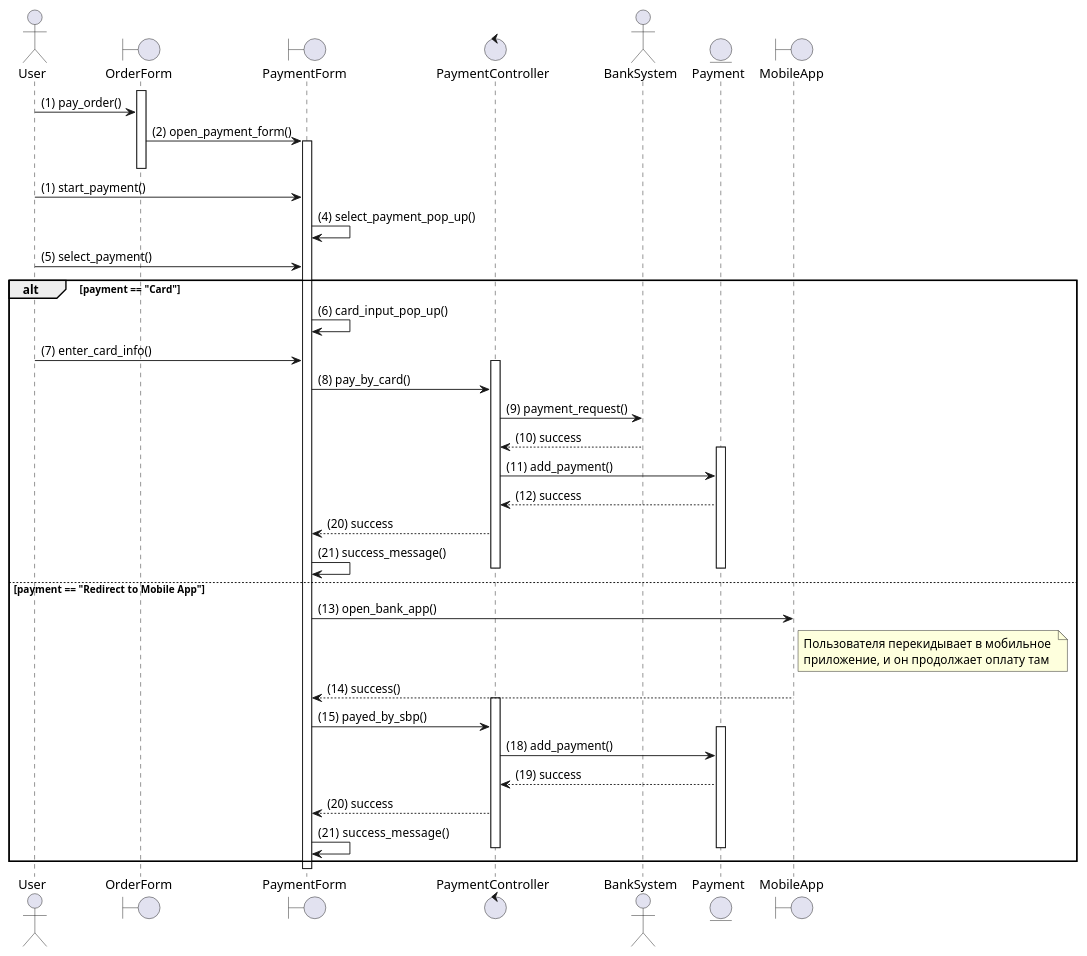
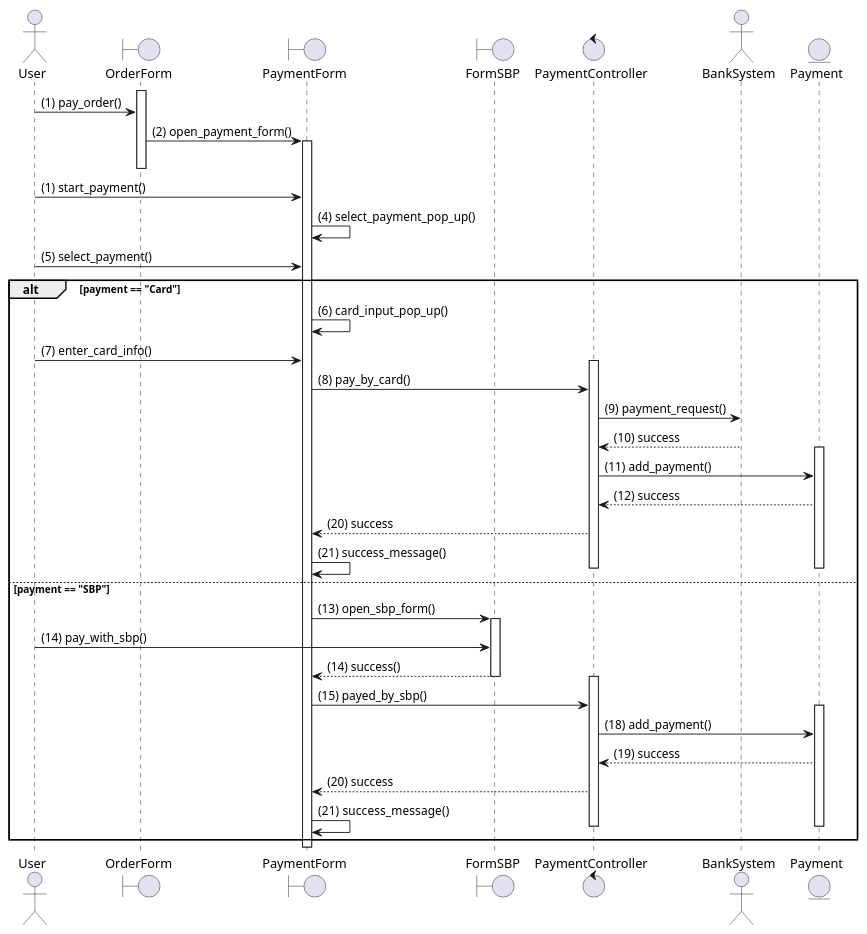
One commit to UraharaKiska/umlk_diagram changed the diagram in laba_1-4/sequence/Client/pay_order.puml. Above: the diagram before and after it, drawn with PlantUML. The commit also changed 1 other file, not shown here.

```diff
--- a/laba_1-4/sequence/Client/pay_order.puml
+++ b/laba_1-4/sequence/Client/pay_order.puml
@@ -1,58 +1,59 @@
 @startuml
 actor User
 boundary OrderForm
 boundary PaymentForm
+boundary FormSBP
 control PaymentController
 actor BankSystem
 entity Payment
-boundary MobileApp
+
 
 activate OrderForm
 User -> OrderForm : (1) pay_order()
 OrderForm -> PaymentForm : (2) open_payment_form()
 activate PaymentForm
 deactivate OrderForm
 
 User -> PaymentForm : (1) start_payment()
 
 
 
 
 PaymentForm -> PaymentForm : (4) select_payment_pop_up()
 User -> PaymentForm : (5) select_payment()
 
 alt payment == "Card"
     PaymentForm -> PaymentForm : (6) card_input_pop_up()
     User -> PaymentForm : (7) enter_card_info()
     activate PaymentController
     PaymentForm -> PaymentController : (8) pay_by_card()
     PaymentController -> BankSystem : (9) payment_request()
     BankSystem --> PaymentController : (10) success
     activate Payment
     PaymentController -> Payment : (11) add_payment()
     PaymentController <-- Payment : (12) success
     PaymentController --> PaymentForm : (20) success
     PaymentForm -> PaymentForm : (21) success_message()
     deactivate Payment
     deactivate PaymentController
 
-else payment == "Redirect to Mobile App"
-    PaymentForm -> MobileApp : (13) open_bank_app()
-    note right of MobileApp
-        Пользователя перекидывает в мобильное 
-        приложение, и он продолжает оплату там
-    end note
-    MobileApp --> PaymentForm : (14) success()
+else payment == "SBP"
+   
+    PaymentForm -> FormSBP  : (13) open_sbp_form()
+    activate FormSBP
+    User -> FormSBP : (14) pay_with_sbp()
+    FormSBP --> PaymentForm : (14) success()
+    deactivate FormSBP
     activate PaymentController
     PaymentForm -> PaymentController : (15) payed_by_sbp()
     activate Payment
     PaymentController -> Payment : (18) add_payment()
     PaymentController <-- Payment : (19) success
     PaymentController --> PaymentForm : (20) success
     PaymentForm -> PaymentForm : (21)  success_message()
     deactivate Payment
     deactivate PaymentController
 end
 
 
 @enduml
```
